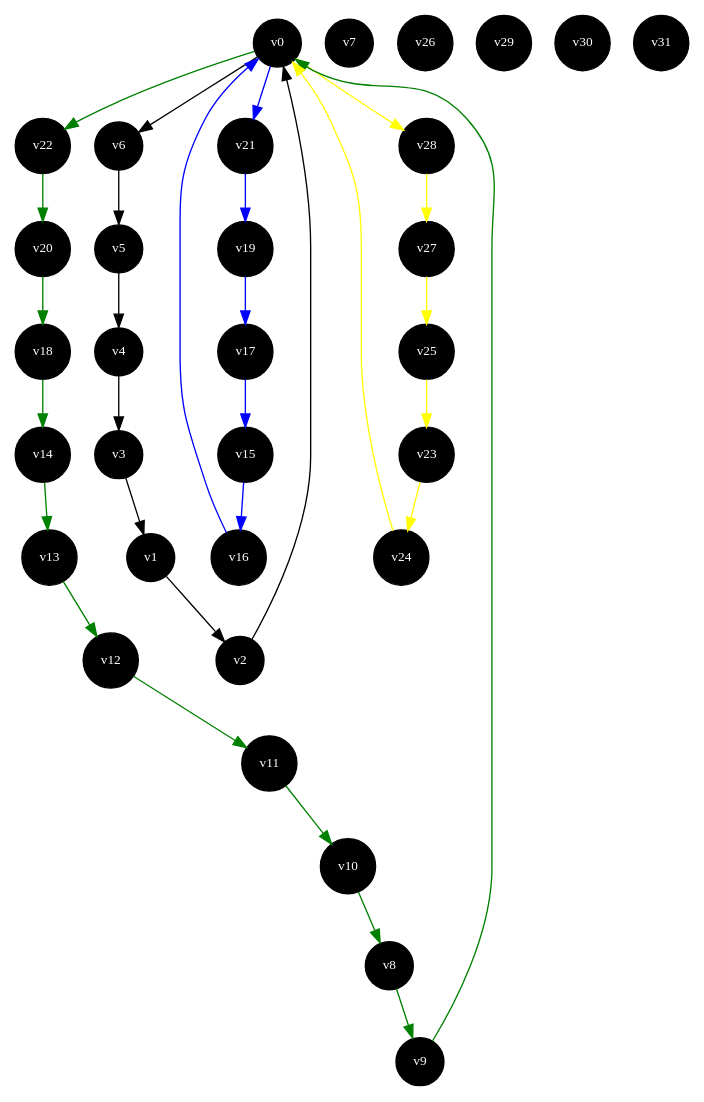
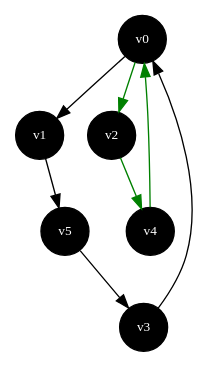
Before and after one commit to Muril0S4lvador/graphs: the diagram in imgs/routes.dot, drawn with Graphviz. The commit also changed 6 other files, not shown here.

```diff
--- a/imgs/routes.dot
+++ b/imgs/routes.dot
@@ -1,56 +1,18 @@
 graph {
 node[fontcolor = white, fillcolor = black, style = filled, shape = circle, fontsize = "10", overlap = "false"];
-v0 [pos = "8.37, 7.84!"];
-v1 [pos = "9.80, 4.54!"];
-v2 [pos = "5.10, 0.52!"];
-v3 [pos = "5.00, 0.82!"];
-v4 [pos = "1.33, 0.72!"];
-v5 [pos = "2.96, 9.18!"];
-v6 [pos = "5.92, 3.09!"];
-v7 [pos = "8.57, 4.02!"];
-v8 [pos = "1.43, 2.47!"];
-v9 [pos = "0.20, 4.02!"];
-v10 [pos = "0.31, 8.45!"];
-v11 [pos = "0.51, 1.03!"];
-v12 [pos = "10.00, 5.36!"];
-v13 [pos = "8.57, 2.58!"];
-v14 [pos = "6.22, 6.08!"];
-v15 [pos = "0.10, 6.70!"];
-v16 [pos = "8.98, 5.26!"];
-v17 [pos = "9.29, 0.21!"];
-v18 [pos = "1.94, 3.30!"];
-v19 [pos = "9.49, 0.31!"];
-v20 [pos = "5.10, 9.59!"];
-v21 [pos = "10.00, 1.44!"];
-v22 [pos = "0.51, 4.33!"];
-v23 [pos = "4.29, 0.93!"];
-v24 [pos = "6.22, 6.39!"];
-v25 [pos = "0.92, 10.00!"];
-v26 [pos = "8.16, 5.67!"];
-v27 [pos = "5.82, 7.11!"];
-v28 [pos = "2.35, 1.55!"];
-v29 [pos = "2.04, 7.22!"];
-v30 [pos = "8.67, 6.19!"];
-v31 [pos = "10.00, 0.52!"];
+v0 [pos = "0.00, 0.00!"];
+v1 [pos = "2.00, 2.00!"];
+v2 [pos = "4.00, 4.00!"];
+v3 [pos = "6.00, 6.00!"];
+v4 [pos = "8.00, 8.00!"];
+v5 [pos = "10.00, 10.00!"];
 edge [dir = forward];
 
 edge [color = "black"];
 
-v0 -- v6 -- v5 -- v4 -- v3 -- v1 -- v2 -- v0 ;
+v0 -- v1 -- v5 -- v3 -- v0 ;
 
 edge [color = "green"];
 
-v0 -- v22 -- v20 -- v18 -- v14 -- v13 -- v12 -- v11 -- v10 -- v8 -- v9 -- v0 ;
-
-edge [color = "blue"];
-
-v0 -- v21 -- v19 -- v17 -- v15 -- v16 -- v0 ;
-
-edge [color = "yellow"];
-
-v0 -- v28 -- v27 -- v25 -- v23 -- v24 -- v0 ;
-
-edge [color = "red"];
-
-v0 ;
+v0 -- v2 -- v4 -- v0 ;
 }
```
